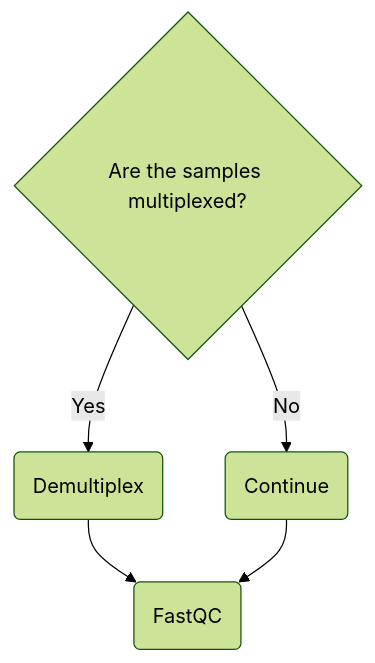
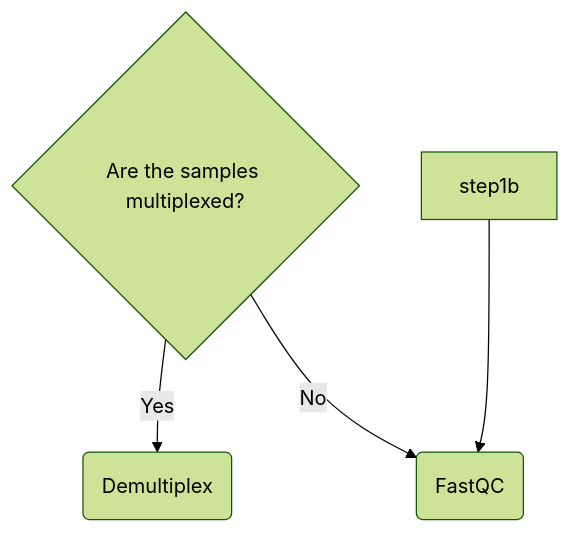
The diagram in docs/usage.md (chelauk/nf-core-demultiplex-methylation), drawn with Mermaid (forest theme) before and after one commit.

````diff
--- a/docs/usage.md
+++ b/docs/usage.md
@@ -7,8 +7,7 @@
 ```mermaid
 flowchart TD
 step1{Are the samples multiplexed?}
 step1 -->|Yes| step1a(Demultiplex)
-step1 -->|No| step1b(Continue)
-step1a --> step2(FastQC)
+step1 -->|No| step2(FastQC)
 step1b --> step2(FastQC)
 ```
````
